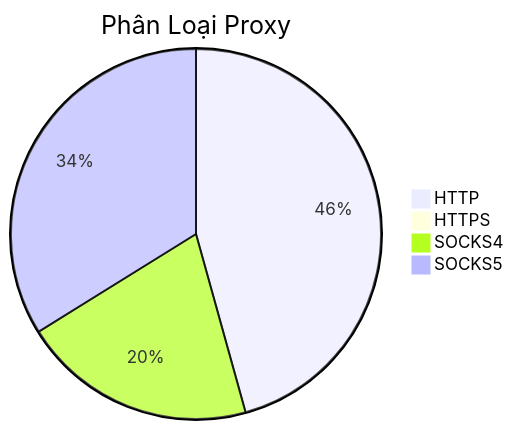
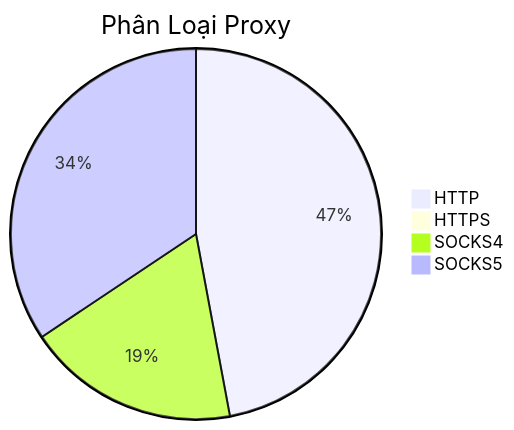
One commit to Ciara-12/PROXY-free changed the diagram in README.md. Above: the diagram before and after it, drawn with Mermaid. The commit also changed other lines of this file and 3 other files, not shown here.

````diff
--- a/README.md
+++ b/README.md
@@ -26,7 +26,7 @@
 ```mermaid
 pie title Phân Loại Proxy
-    "HTTP" : 783
+    "HTTP" : 786
     "HTTPS" : 0
-    "SOCKS4" : 351
-    "SOCKS5" : 580
+    "SOCKS4" : 310
+    "SOCKS5" : 574
 ```
````
